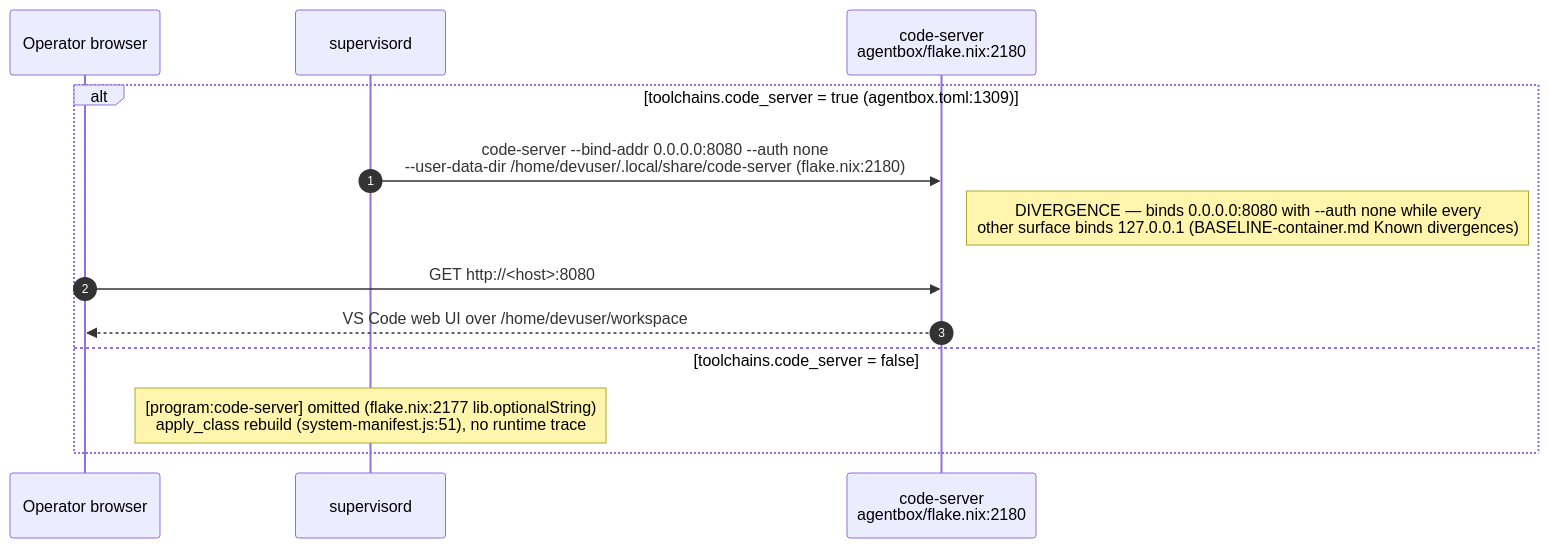
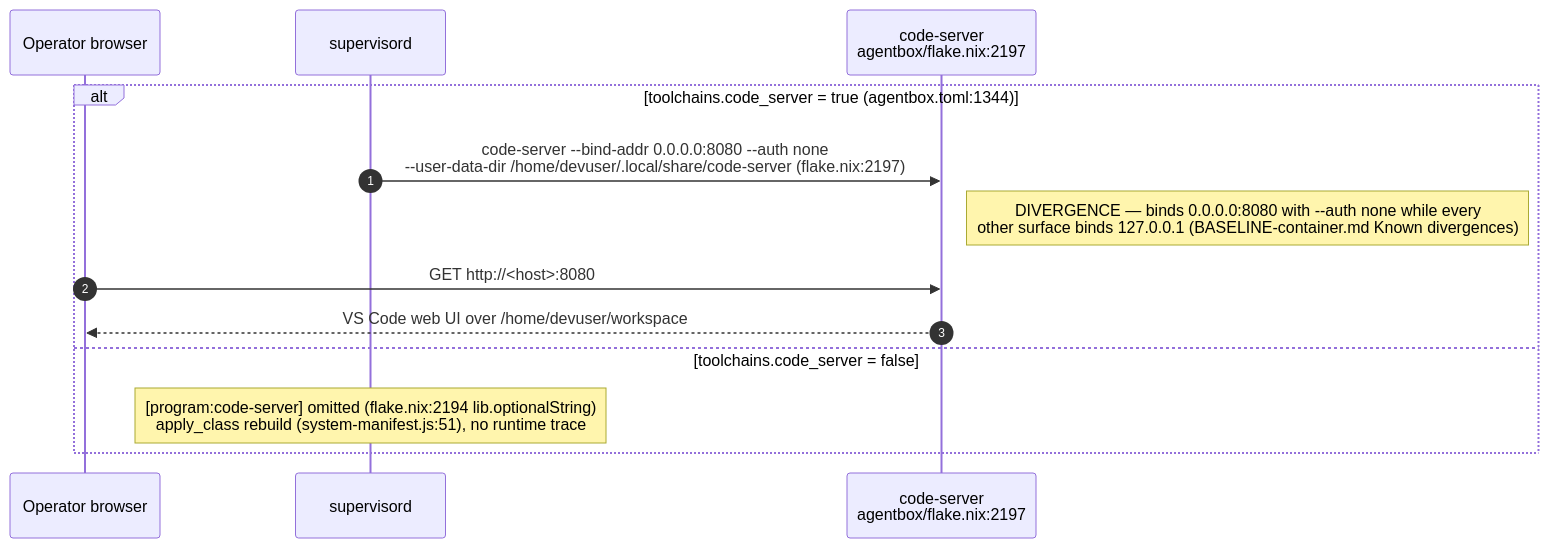
The sixth of 12 diagrams in docs/diagrams/agentbox/27-media-gpu-capability-services.md (DreamLab-AI/AR-AI-Knowledge-Graph), drawn with Mermaid before and after one commit. The commit also changed other lines of this file and 73 other files, not shown here.

First line of the commit message:
docs(diagrams): re-verify all 71 topic files against HEAD; add --cite-check

````diff
--- a/docs/diagrams/agentbox/27-media-gpu-capability-services.md
+++ b/docs/diagrams/agentbox/27-media-gpu-capability-services.md
@@ -196,16 +196,16 @@
 ```mermaid
 sequenceDiagram
     autonumber
     participant Op as Operator browser
     participant Sup as supervisord
-    participant CS as code-server<br/>agentbox/flake.nix:2180
+    participant CS as code-server<br/>agentbox/flake.nix:2197
 
-    alt toolchains.code_server = true (agentbox.toml:1309)
-        Sup->>CS: code-server --bind-addr 0.0.0.0:8080 --auth none<br/>--user-data-dir /home/devuser/.local/share/code-server (flake.nix:2180)
+    alt toolchains.code_server = true (agentbox.toml:1344)
+        Sup->>CS: code-server --bind-addr 0.0.0.0:8080 --auth none<br/>--user-data-dir /home/devuser/.local/share/code-server (flake.nix:2197)
         Note right of CS: DIVERGENCE — binds 0.0.0.0:8080 with --auth none while every<br/>other surface binds 127.0.0.1 (BASELINE-container.md Known divergences)
         Op->>CS: GET http://<host>:8080
         CS-->>Op: VS Code web UI over /home/devuser/workspace
     else toolchains.code_server = false
-        Note over Sup: [program:code-server] omitted (flake.nix:2177 lib.optionalString)<br/>apply_class rebuild (system-manifest.js:51), no runtime trace
+        Note over Sup: [program:code-server] omitted (flake.nix:2194 lib.optionalString)<br/>apply_class rebuild (system-manifest.js:51), no runtime trace
     end
 ```
````
